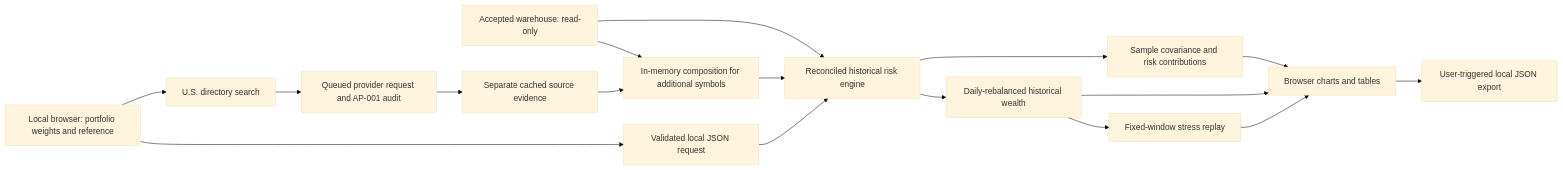
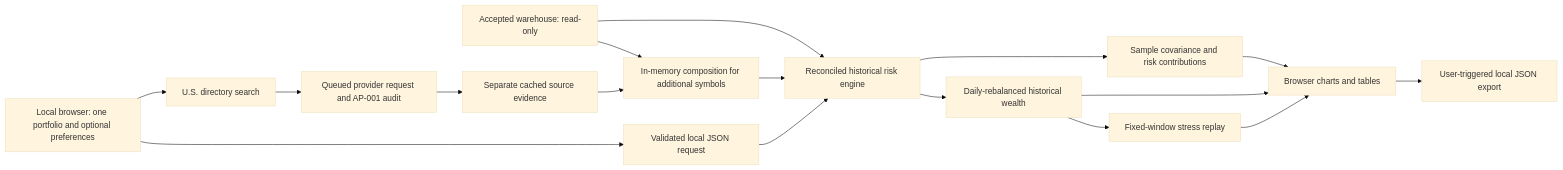
One commit to alisaayz/portfolio-risk changed the diagram in docs/APPLICATION.md. Above: the diagram before and after it, drawn with Mermaid (base theme). The commit also changed other lines of this file and 17 other files, not shown here.

Commit message:
Default to one portfolio and add a risk-preference reflection guide

````diff
--- a/docs/APPLICATION.md
+++ b/docs/APPLICATION.md
@@ -28,19 +28,19 @@
 ```mermaid
 flowchart LR
-    A[Local browser: portfolio weights and reference] --> B[Validated local JSON request]
+    A[Local browser: one portfolio and optional preferences] --> B[Validated local JSON request]
     C[Accepted warehouse: read-only] --> D[Reconciled historical risk engine]
     A --> J[U.S. directory search]
     J --> K[Queued provider request and AP-001 audit]
     K --> L[Separate cached source evidence]
     C --> M[In-memory composition for additional symbols]
     L --> M
     M --> D
     B --> D
     D --> E[Sample covariance and risk contributions]
     D --> F[Daily-rebalanced historical wealth]
     F --> G[Fixed-window stress replay]
     E --> H[Browser charts and tables]
     F --> H
     G --> H
     H --> I[User-triggered local JSON export]
 ```
````
